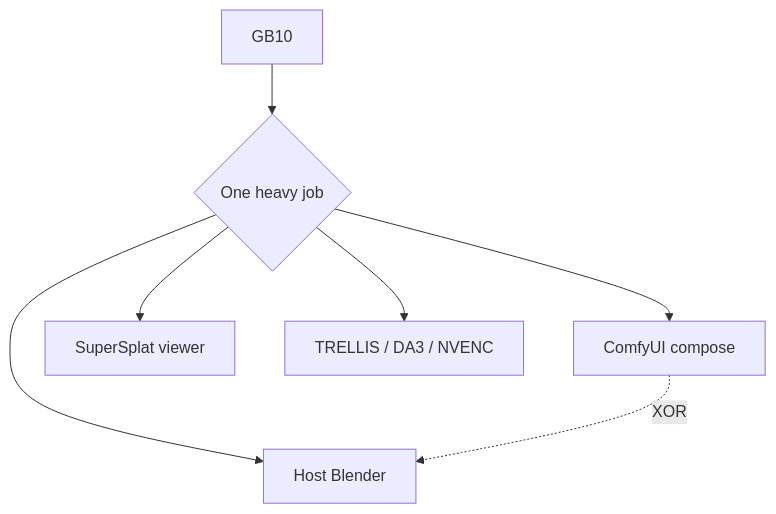
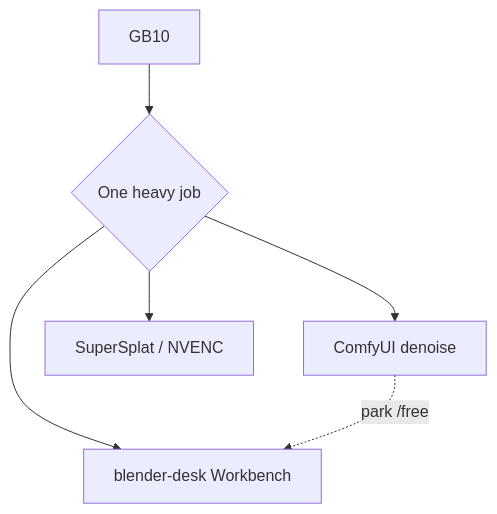
One commit to toxicoder/ez-comfy-stack changed the diagram in docs/studio-sidecars.md. Above: the diagram before and after it, drawn with Mermaid. The commit also changed other lines of this file and 21 other files, not shown here.

First line of the commit message:
feat(occupancy): park Comfy and gate host DCC by mode

````diff
--- a/docs/studio-sidecars.md
+++ b/docs/studio-sidecars.md
@@ -25,9 +25,8 @@
 ```mermaid
 flowchart TB
   G["GB10"] --> M{"One heavy job"}
-  M --> C["ComfyUI compose"]
-  M --> B["Host Blender"]
-  M --> S["SuperSplat viewer"]
-  M --> T["TRELLIS / DA3 / NVENC"]
-  C -.->|XOR| B
+  M --> C["ComfyUI denoise"]
+  M --> B["blender-desk Workbench"]
+  M --> S["SuperSplat / NVENC"]
+  C -.->|park /free| B
 ```
````
